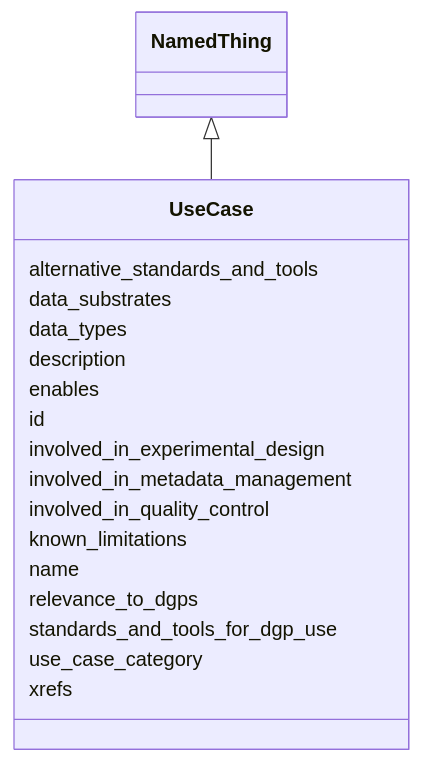
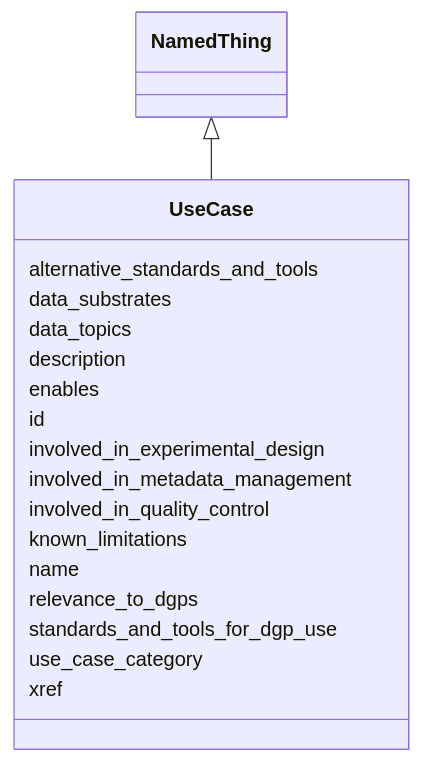
The diagram in docs/UseCase.md (bridge2ai/standards-schemas), drawn with Mermaid before and after one commit. The commit also changed other lines of this file and 63 other files, not shown here.

````diff
--- a/docs/UseCase.md
+++ b/docs/UseCase.md
@@ -10,22 +10,22 @@
 ```mermaid
  classDiagram
     class UseCase
       NamedThing <|-- UseCase
       
       UseCase : alternative_standards_and_tools
       UseCase : data_substrates
-      UseCase : data_types
+      UseCase : data_topics
       UseCase : description
       UseCase : enables
       UseCase : id
       UseCase : involved_in_experimental_design
       UseCase : involved_in_metadata_management
       UseCase : involved_in_quality_control
       UseCase : known_limitations
       UseCase : name
       UseCase : relevance_to_dgps
       UseCase : standards_and_tools_for_dgp_use
       UseCase : use_case_category
-      UseCase : xrefs
+      UseCase : xref
       
 ```
````
